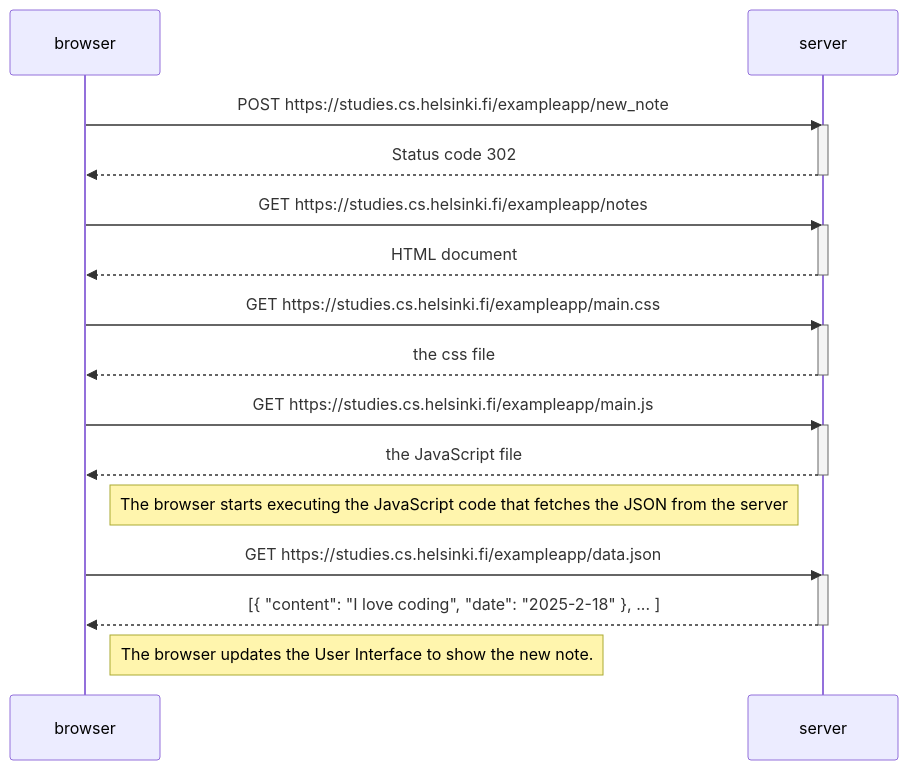
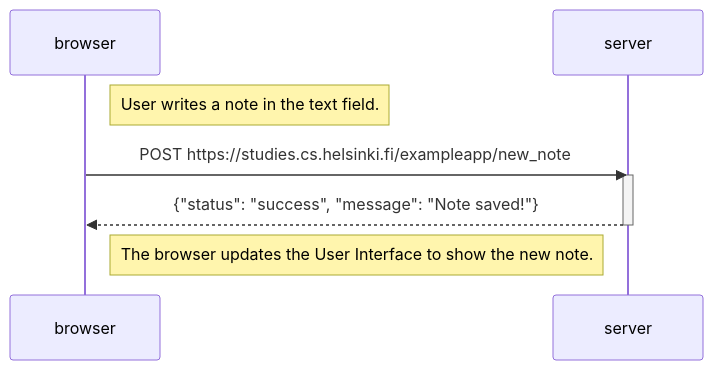
Before and after one commit to Wave08/full_stack_part0: the diagram in exercise_04.md, drawn with Mermaid.

Commit message:
Add functionality to create and save new notes only

````diff
--- a/exercise_04.md
+++ b/exercise_04.md
@@ -3,35 +3,14 @@
 ```mermaid
 
 sequenceDiagram
     participant browser
     participant server
 
+    Note right of browser: User writes a note in the text field.
     browser->>server: POST https://studies.cs.helsinki.fi/exampleapp/new_note
     activate server
-    server-->>browser: Status code 302
-    deactivate server
-
-    browser->>server: GET https://studies.cs.helsinki.fi/exampleapp/notes
-    activate server
-    server-->>browser: HTML document
-    deactivate server
-
-    browser->>server: GET https://studies.cs.helsinki.fi/exampleapp/main.css
-    activate server
-    server-->>browser: the css file
-    deactivate server
-
-    browser->>server: GET https://studies.cs.helsinki.fi/exampleapp/main.js
-    activate server
-    server-->>browser: the JavaScript file
-    deactivate server
-
-    Note right of browser: The browser starts executing the JavaScript code that fetches the JSON from the server
-
-    browser->>server: GET https://studies.cs.helsinki.fi/exampleapp/data.json
-    activate server
-    server-->>browser: [{ "content": "I love coding", "date": "2025-2-18" }, ... ]
+    server-->>browser: {"status": "success", "message": "Note saved!"}
     deactivate server
 
     Note right of browser: The browser updates the User Interface to show the new note.
 ```
````
